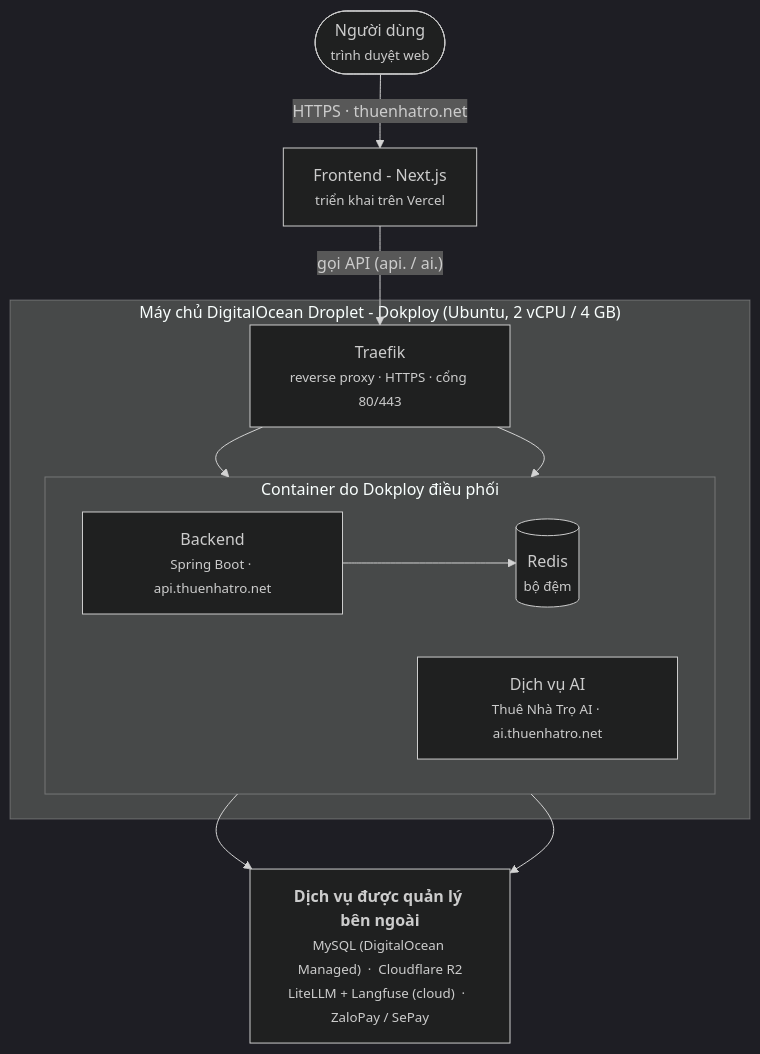
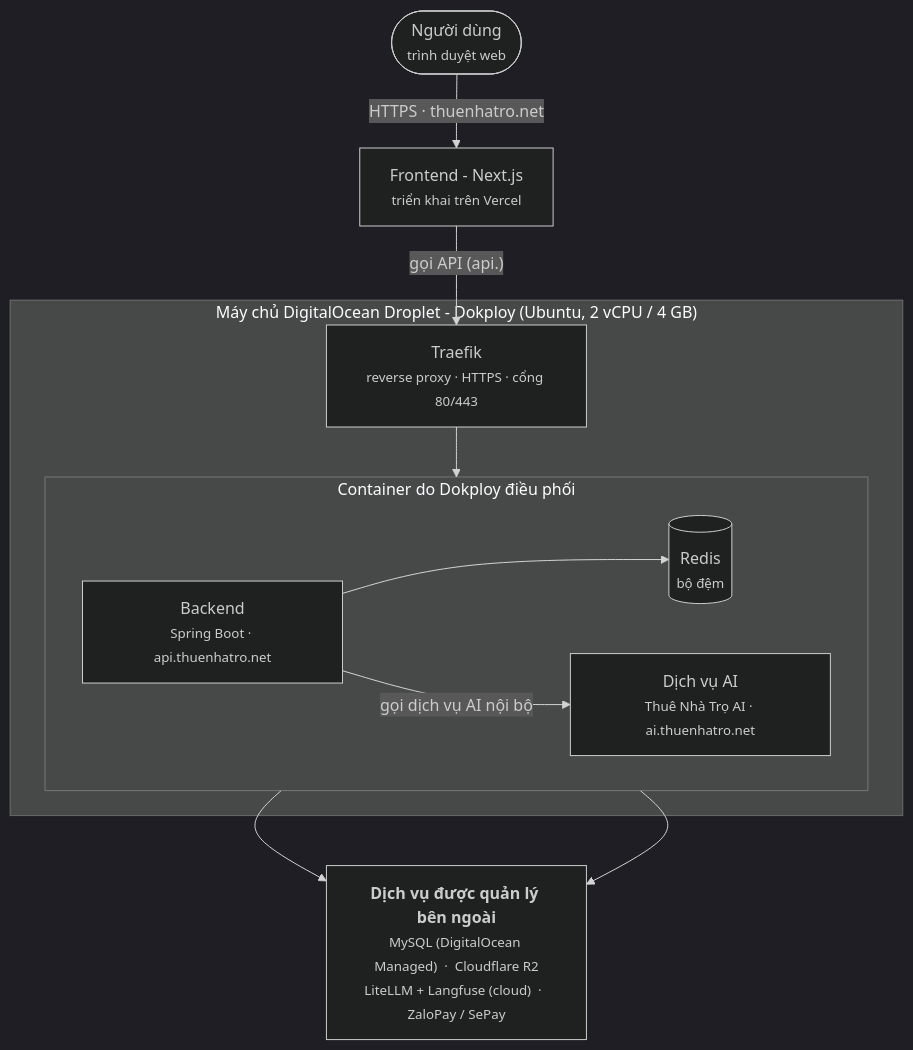
Before and after one commit to huynhtranty/smartrent-report: the diagram in diagrams/be/src/06-deployment.mmd, drawn with Mermaid (dark theme). The commit also changed 2 other files, not shown here.

```diff
--- a/diagrams/be/src/06-deployment.mmd
+++ b/diagrams/be/src/06-deployment.mmd
@@ -1,23 +1,23 @@
 flowchart TB
     User(["Người dùng<br/><small>trình duyệt web</small>"])
     Vercel["Frontend - Next.js<br/><small>triển khai trên Vercel</small>"]
 
     subgraph VM["Máy chủ DigitalOcean Droplet - Dokploy (Ubuntu, 2 vCPU / 4 GB)"]
         Traefik["Traefik<br/><small>reverse proxy · HTTPS · cổng 80/443</small>"]
         subgraph Apps["Container do Dokploy điều phối"]
             direction LR
             BE["Backend<br/><small>Spring Boot · api.thuenhatro.net</small>"]
             AIsvc["Dịch vụ AI<br/><small>Thuê Nhà Trọ AI · ai.thuenhatro.net</small>"]
             Redis[("Redis<br/><small>bộ đệm</small>")]
         end
     end
 
     Ext["<b>Dịch vụ được quản lý bên ngoài</b><br/><small>MySQL (DigitalOcean Managed) &nbsp;·&nbsp; Cloudflare R2<br/>LiteLLM + Langfuse (cloud) &nbsp;·&nbsp; ZaloPay / SePay</small>"]
 
     User -->|"HTTPS · thuenhatro.net"| Vercel
-    Vercel -->|"gọi API (api. / ai.)"| Traefik
+    Vercel -->|"gọi API (api.)"| Traefik
     Traefik --> BE
-    Traefik --> AIsvc
     BE --> Redis
     BE --> Ext
     AIsvc --> Ext
+    BE -->|"gọi dịch vụ AI nội bộ"| AIsvc
```
